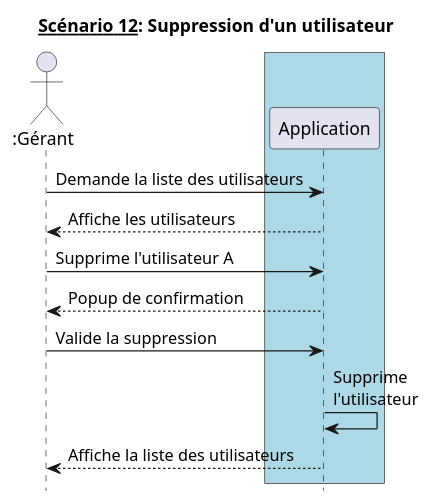
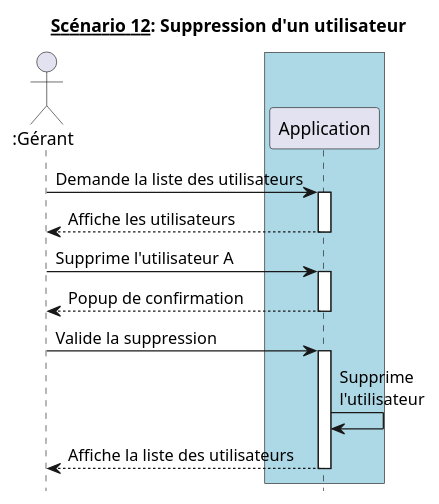
Before and after one commit to hulskenA/GL-Les_seigneurs_du_resto: the diagram in diagrammes_sequences/ds12.md, drawn with PlantUML. The commit also changed 15 other files, not shown here.

````diff
--- a/diagrammes_sequences/ds12.md
+++ b/diagrammes_sequences/ds12.md
@@ -1,21 +1,27 @@
 ```puml
 @startuml
 hide footbox
 title __Scénario 12__: Suppression d'un utilisateur
 
 actor ":Gérant" as Gérant order 10
 
 box #Lightblue
   participant Application as app order 20
 endbox
 
 Gérant -> app : Demande la liste des utilisateurs
+activate app
 app --> Gérant : Affiche les utilisateurs
+deactivate app
 Gérant -> app : Supprime l'utilisateur A
+activate app
 app --> Gérant : Popup de confirmation
+deactivate app
 Gérant -> app : Valide la suppression
+activate app
 app -> app : Supprime\nl'utilisateur
 app --> Gérant : Affiche la liste des utilisateurs
+deactivate app
 
 @enduml
 ```
````
